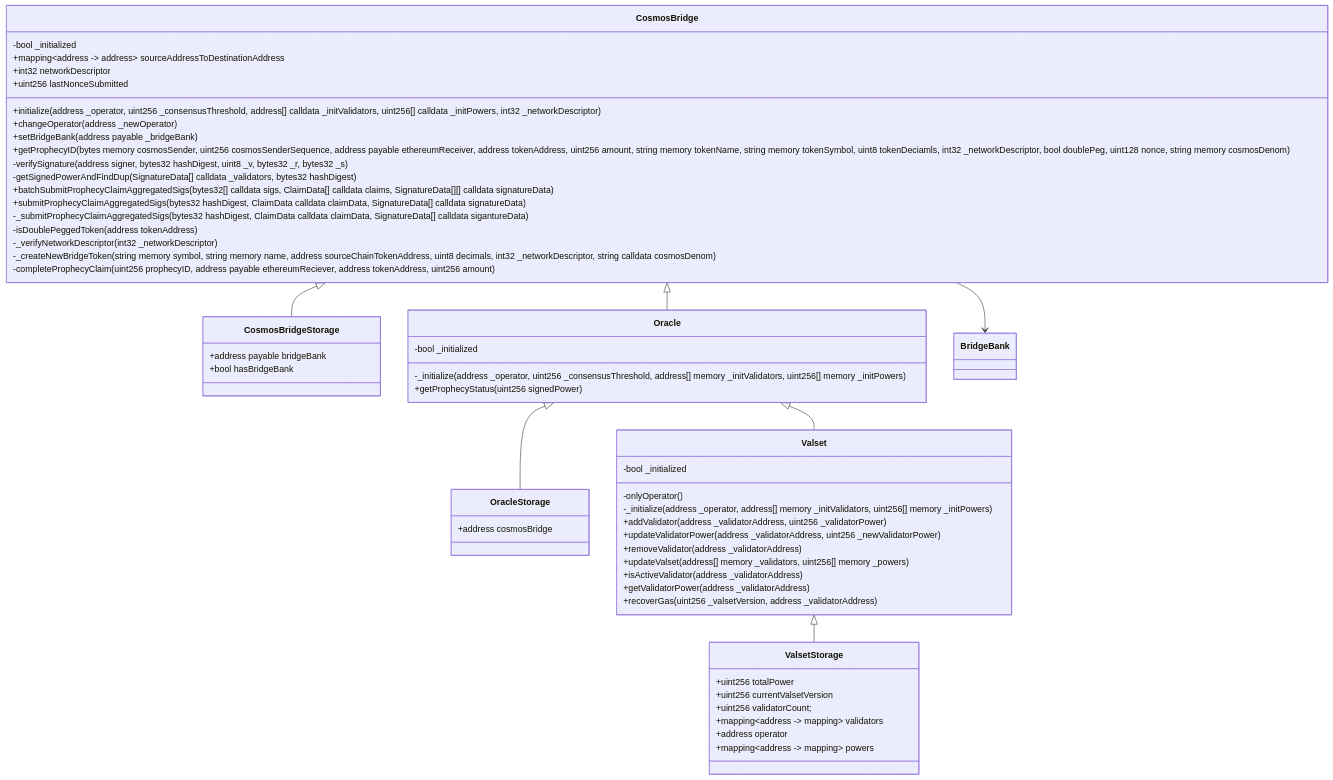
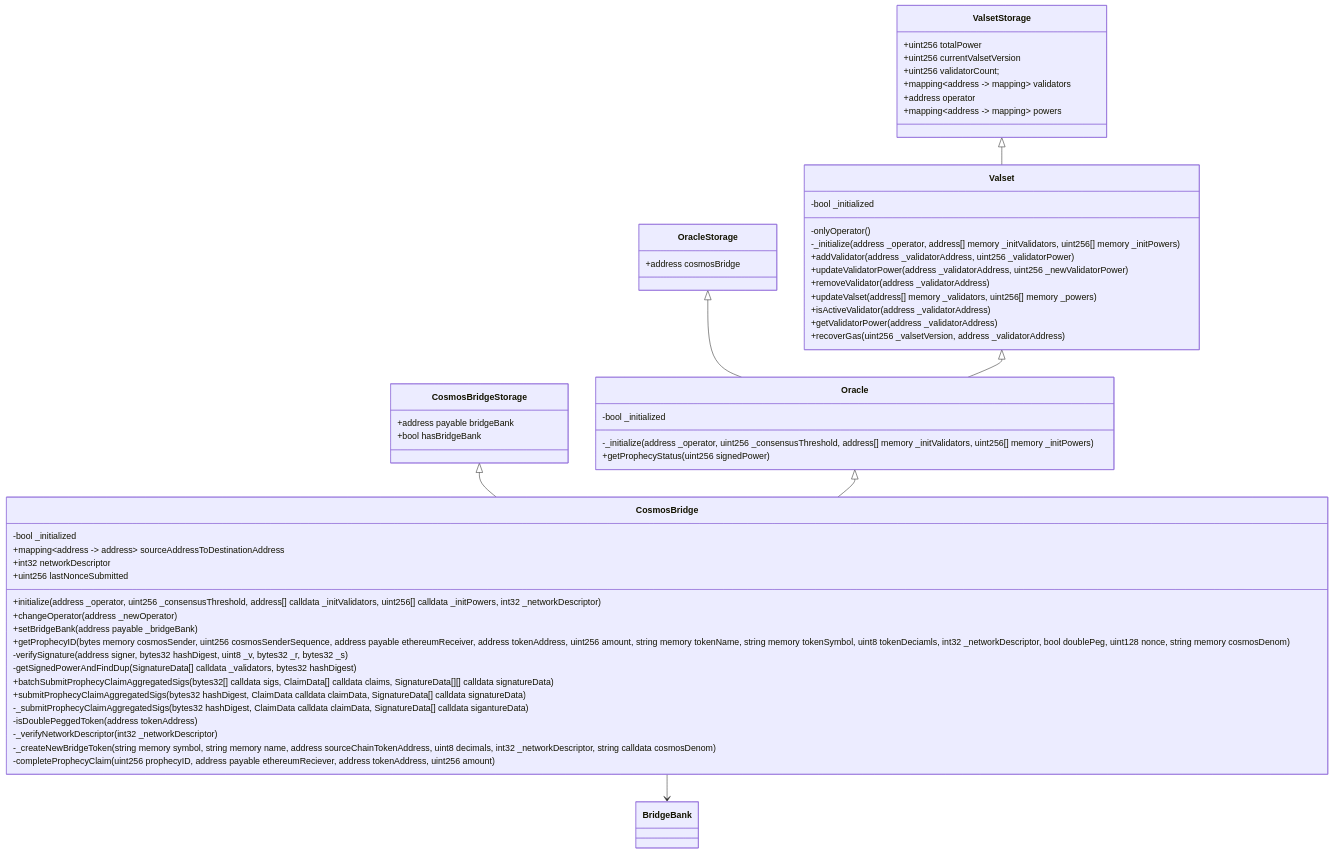
The third of 6 diagrams in docs/peggy/docs/contracts.md (Sifchain/sifnode), drawn with Mermaid before and after one commit. The commit also changed other lines of this file, not shown here.

Commit message:
Changed direction of inheritance arrows in UML diagrams.

````diff
--- a/docs/peggy/docs/contracts.md
+++ b/docs/peggy/docs/contracts.md
@@ -135,71 +138,72 @@
 ```mermaid
 classDiagram
 
   %% CosmosBridge Contract Set
   class CosmosBridge {
     -bool _initialized
     +mapping~address -> address~ sourceAddressToDestinationAddress
     +int32 networkDescriptor
     +uint256 lastNonceSubmitted
     +initialize(address _operator, uint256 _consensusThreshold, address[] calldata _initValidators, uint256[] calldata _initPowers, int32 _networkDescriptor)
     +changeOperator(address _newOperator)
     +setBridgeBank(address payable _bridgeBank)
     +getProphecyID(bytes memory cosmosSender, uint256 cosmosSenderSequence, address payable ethereumReceiver, address tokenAddress, uint256 amount, string memory tokenName, string memory tokenSymbol, uint8 tokenDeciamls, int32 _networkDescriptor, bool doublePeg, uint128 nonce, string memory cosmosDenom)
     -verifySignature(address signer, bytes32 hashDigest, uint8 _v, bytes32 _r, bytes32 _s)
     -getSignedPowerAndFindDup(SignatureData[] calldata _validators, bytes32 hashDigest)
     +batchSubmitProphecyClaimAggregatedSigs(bytes32[] calldata sigs, ClaimData[] calldata claims, SignatureData[][] calldata signatureData)
     +submitProphecyClaimAggregatedSigs(bytes32 hashDigest, ClaimData calldata claimData, SignatureData[] calldata signatureData)
     -_submitProphecyClaimAggregatedSigs(bytes32 hashDigest, ClaimData calldata claimData, SignatureData[] calldata sigantureData)
     -isDoublePeggedToken(address tokenAddress)
     -_verifyNetworkDescriptor(int32 _networkDescriptor)
     -_createNewBridgeToken(string memory symbol, string memory name, address sourceChainTokenAddress, uint8 decimals, int32 _networkDescriptor, string calldata cosmosDenom)
     -completeProphecyClaim(uint256 prophecyID, address payable ethereumReciever, address tokenAddress, uint256 amount)
   }
   class CosmosBridgeStorage {
     +address payable bridgeBank
     +bool hasBridgeBank
   }
   class Oracle {
     -bool _initialized
     -_initialize(address _operator, uint256 _consensusThreshold, address[] memory _initValidators, uint256[] memory _initPowers)
     +getProphecyStatus(uint256 signedPower)
   }
   class OracleStorage {
     +address cosmosBridge
   }
   class Valset {
     -bool _initialized
     -onlyOperator()
     -_initialize(address _operator, address[] memory _initValidators, uint256[] memory _initPowers)
     +addValidator(address _validatorAddress, uint256 _validatorPower)
     +updateValidatorPower(address _validatorAddress, uint256 _newValidatorPower)
     +removeValidator(address _validatorAddress)
     +updateValset(address[] memory _validators, uint256[] memory _powers)
     +isActiveValidator(address _validatorAddress)
     +getValidatorPower(address _validatorAddress)
     +recoverGas(uint256 _valsetVersion, address _validatorAddress)
   }
   class ValsetStorage {
     +uint256 totalPower
     +uint256 currentValsetVersion
     +uint256 validatorCount;
     +mapping~address -> mapping~ validators
     +address operator
     +mapping~address -> mapping~ powers
   }
 
   %% CosmosBridge Inherits
-  CosmosBridge <|-- CosmosBridgeStorage
-  CosmosBridge <|-- Oracle
+  CosmosBridgeStorage <|-- CosmosBridge
+  Oracle <|-- CosmosBridge
 
   %% Oracle Inherits
-  Oracle <|-- OracleStorage
-  Oracle <|-- Valset
+  OracleStorage <|-- Oracle
+  Valset <|-- Oracle
 
   %% Valset Inherits
-  Valset <|-- ValsetStorage
+  ValsetStorage <|-- Valset
+
 
   %% Link Association
   CosmosBridge --> BridgeBank
   
 ```
````
